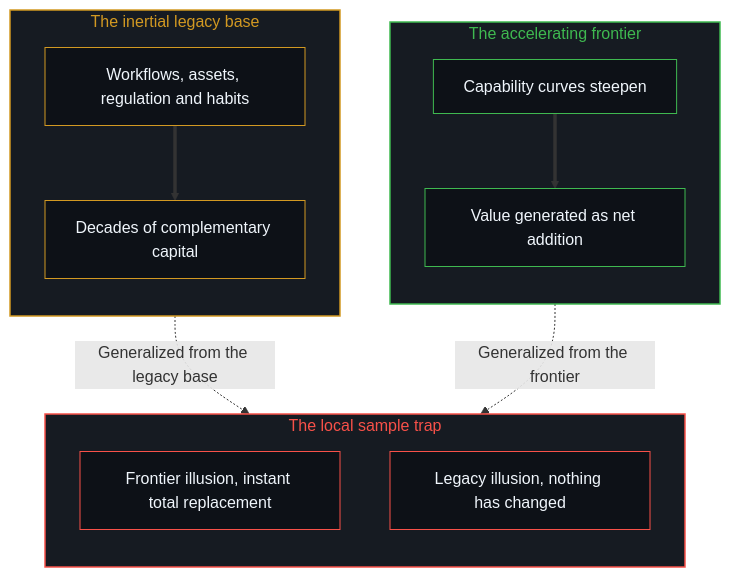
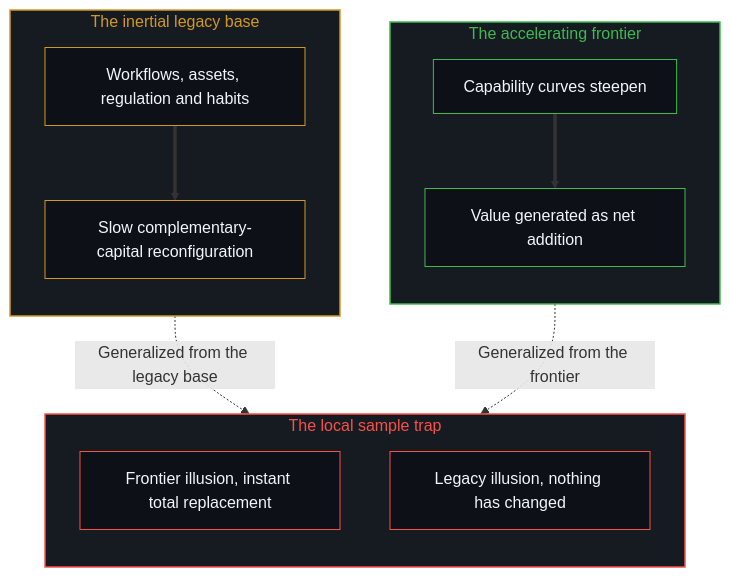
The second of 2 diagrams in content/posts/the-local-trap-of-technological-change.md (powerpig99/not-a-toe), drawn with Mermaid before and after one commit. The commit also changed other lines of this file and 5 other files, not shown here.

````diff
--- a/content/posts/the-local-trap-of-technological-change.md
+++ b/content/posts/the-local-trap-of-technological-change.md
@@ -79,31 +79,31 @@
 ```mermaid
 flowchart TD
     subgraph S_Front["The accelerating frontier"]
         direction TB
         F1["Capability curves steepen"]
         F2["Value generated as net addition"]
     end
     subgraph S_Base["The inertial legacy base"]
         direction TB
         B1["Workflows, assets, regulation and habits"]
-        B2["Decades of complementary capital"]
+        B2["Slow complementary-capital reconfiguration"]
     end
     subgraph S_Trap["The local sample trap"]
         direction TB
         T1["Frontier illusion, instant total replacement"]
         T2["Legacy illusion, nothing has changed"]
     end
     F1 ==> F2
     B1 ==> B2
     F1 -.->|"Generalized from the frontier"| T1
     B1 -.->|"Generalized from the legacy base"| T2
     style S_Front fill:#161b22,stroke:#3fb950,stroke-width:1.5px,color:#3fb950
     style S_Base fill:#161b22,stroke:#d29922,stroke-width:1.5px,color:#d29922
     style S_Trap fill:#161b22,stroke:#f85149,stroke-width:1.5px,color:#f85149
     style F1 fill:#0d1117,stroke:#3fb950,stroke-width:1px,color:#f0f6fc
     style F2 fill:#0d1117,stroke:#3fb950,stroke-width:1px,color:#f0f6fc
     style B1 fill:#0d1117,stroke:#d29922,stroke-width:1px,color:#f0f6fc
     style B2 fill:#0d1117,stroke:#d29922,stroke-width:1px,color:#f0f6fc
     style T1 fill:#0d1117,stroke:#f85149,stroke-width:1px,color:#f0f6fc
     style T2 fill:#0d1117,stroke:#f85149,stroke-width:1px,color:#f0f6fc
 ```
````
